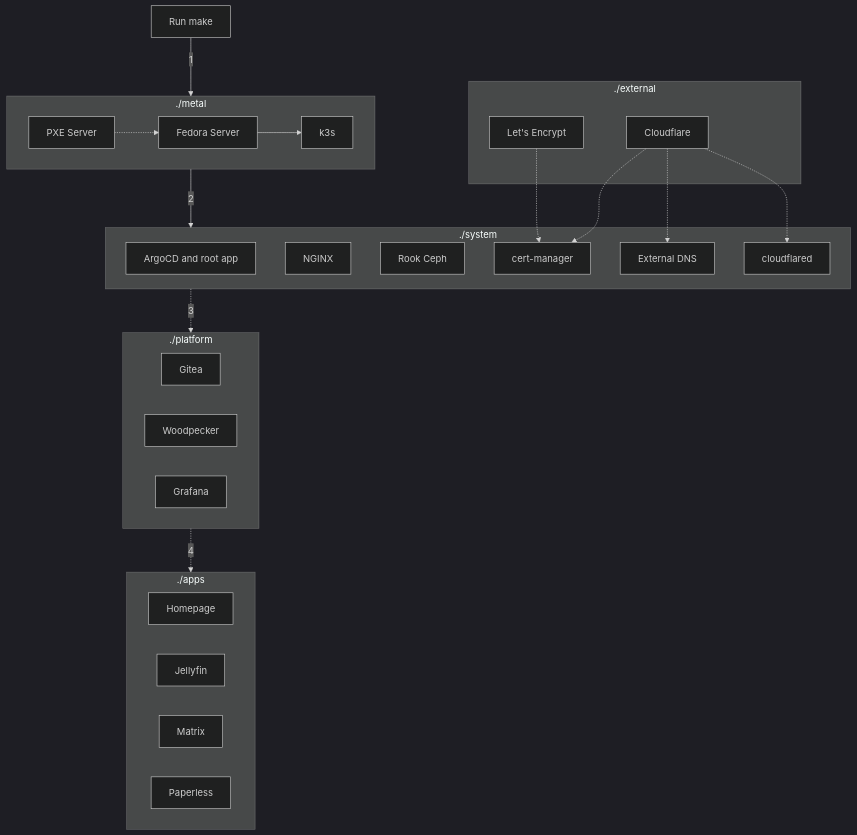
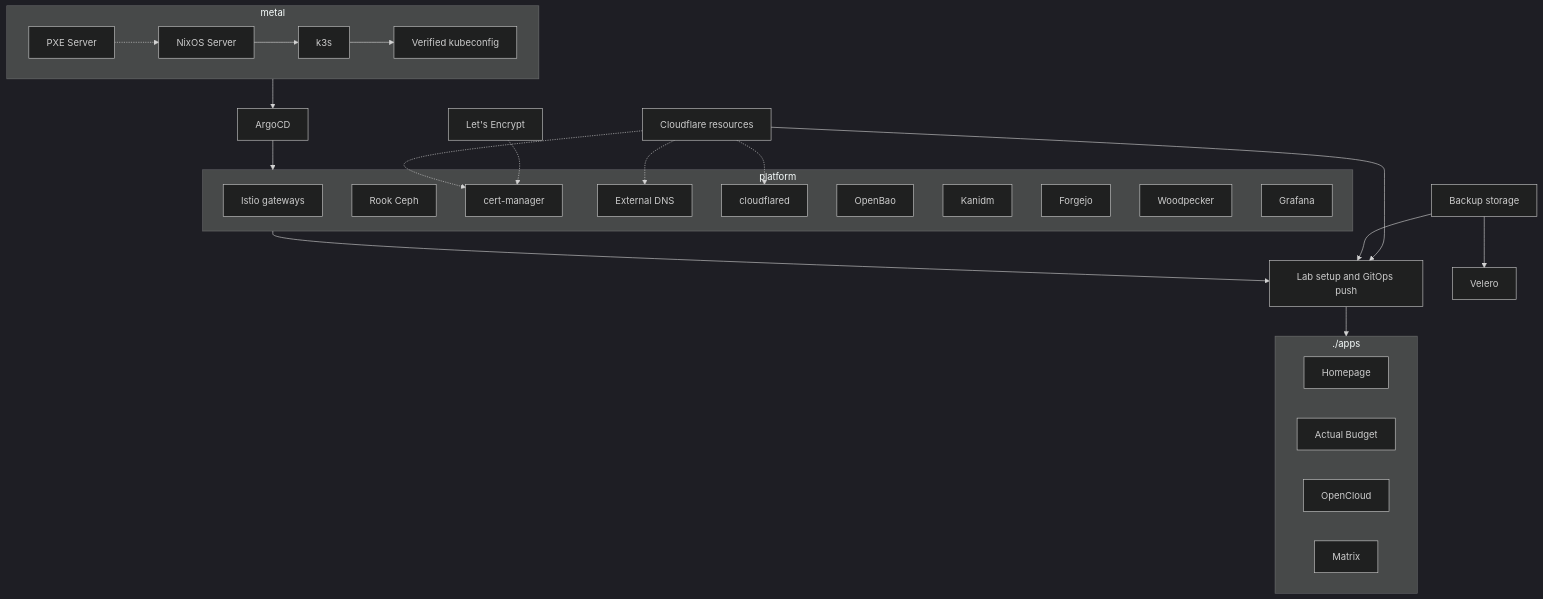
One commit to khuedoan/homelab changed the diagram in docs/reference/architecture/overview.md. Above: the diagram before and after it, drawn with Mermaid (dark theme). The commit also changed other lines of this file, not shown here.

Commit message:
docs: update architecture overview

````diff
--- a/docs/reference/architecture/overview.md
+++ b/docs/reference/architecture/overview.md
@@ -46,40 +29,39 @@
 ```mermaid
 flowchart TD
-  subgraph metal[./metal]
-    pxe[PXE Server] -.-> linux[Fedora Server] --> k3s
+  subgraph metal[metal]
+    pxe[PXE Server] -.-> linux[NixOS Server] --> k3s --> kubeconfig[Verified kubeconfig]
   end
 
-  subgraph system[./system]
-    argocd[ArgoCD and root app]
-    nginx[NGINX]
+  metal --> argocd[ArgoCD] --> platform
+  cloudflare[Cloudflare resources]
+
+  subgraph platform[platform]
+    istio[Istio gateways]
     rook-ceph[Rook Ceph]
     cert-manager
     external-dns[External DNS]
     cloudflared
+    OpenBao
+    Kanidm
+    Forgejo
+    Woodpecker
+    Grafana
   end
 
-  subgraph external[./external]
-    letsencrypt[Let's Encrypt]
-    cloudflare[Cloudflare]
-  end
-
-  letsencrypt -.-> cert-manager
+  letsencrypt[Let's Encrypt] -.-> cert-manager
   cloudflare -.-> cert-manager
   cloudflare -.-> external-dns
   cloudflare -.-> cloudflared
 
-  subgraph platform[./platform]
-    Gitea
-    Woodpecker
-    Grafana
+  subgraph apps[./apps]
+    homepage[Homepage]
+    budget[Actual Budget]
+    drive[OpenCloud]
+    matrix[Matrix]
   end
 
-  subgraph apps[./apps]
-    homepage[Homepage]
-    jellyfin[Jellyfin]
-    matrix[Matrix]
-    paperless[Paperless]
-  end
-
-  make[Run make] -- 1 --> metal -- 2 --> system -. 3 .-> platform -. 4 .-> apps
+  platform --> sync[Lab setup and GitOps push] --> apps
+  cloudflare --> sync
+  backup[Backup storage] --> sync
+  backup --> velero[Velero]
 ```
````
